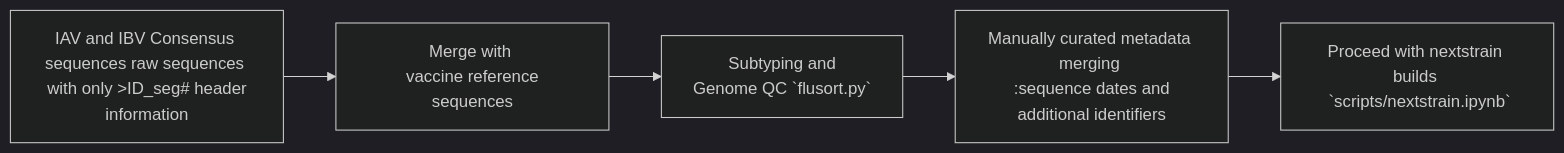
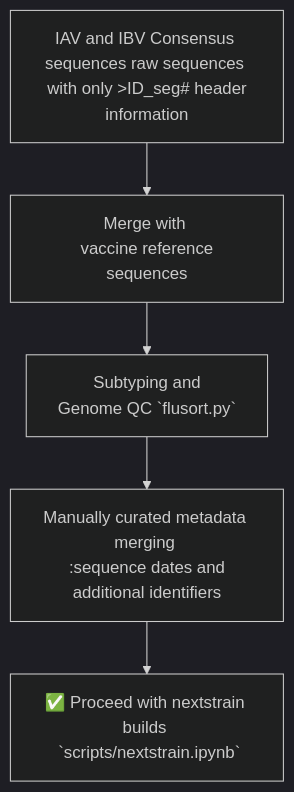
The diagram in README.md (Pekosz-Lab/nextstrain), drawn with Mermaid (dark theme) before and after one commit.

````diff
--- a/README.md
+++ b/README.md
@@ -16,15 +16,15 @@
 ```mermaid
-graph LR
+graph TD
 
   A[IAV and IBV Consensus sequences raw sequences \n with only >ID_seg# header information]
   B[Merge with \n vaccine reference sequences]
   C[Subtyping and \n Genome QC `flusort.py`]
   D[Manually curated metadata merging \n :sequence dates and additional identifiers]
-  E[Proceed with nextstrain builds \n `scripts/nextstrain.ipynb`]
+  E[✅ Proceed with nextstrain builds \n `scripts/nextstrain.ipynb`]
 
   A --> B
   B --> C
   C --> D
   D --> E
 
 ```
````
